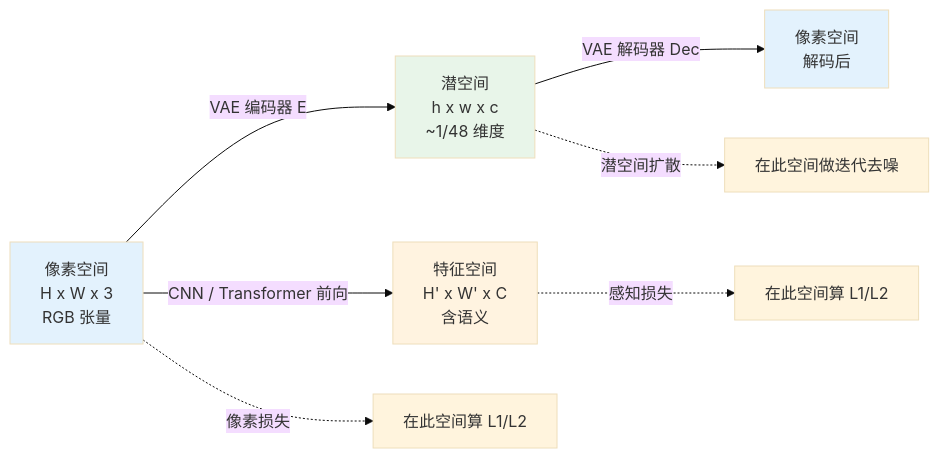
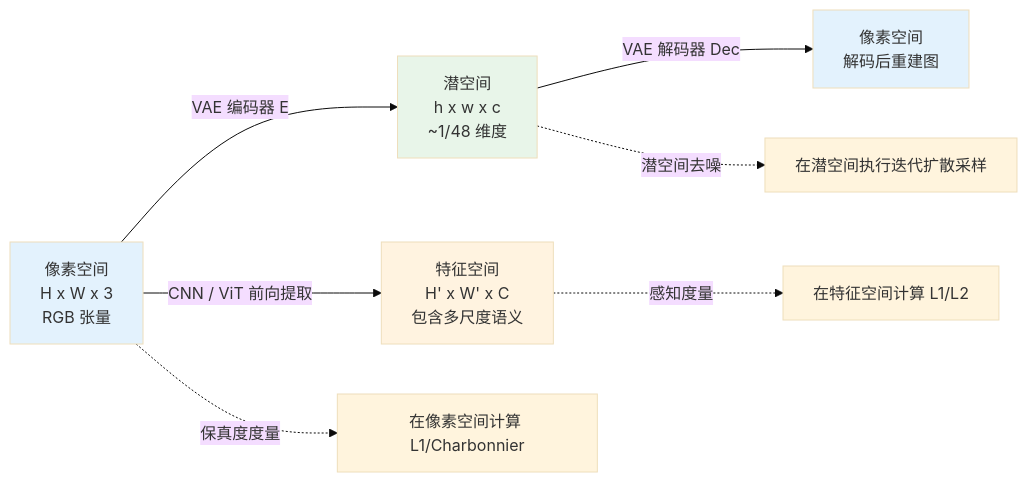
One commit to yingwang/image-enhancement-guide changed the first of 4 diagrams in chapters/02-representation.md. Above: the diagram before and after it, drawn with Mermaid (base theme). The commit also changed other lines of this file and 18 other files, not shown here.

````diff
--- a/chapters/02-representation.md
+++ b/chapters/02-representation.md
@@ -58,14 +53,14 @@
 ```mermaid
 graph LR
-    Pixel[像素空间<br/>H x W x 3<br/>RGB 张量] -->|VAE 编码器 E| Latent[潜空间<br/>h x w x c<br/>~1/48 维度]
-    Latent -->|VAE 解码器 Dec| Pixel2[像素空间<br/>解码后]
-    Pixel -->|CNN / Transformer 前向| Feature[特征空间<br/>H' x W' x C<br/>含语义]
-    Feature -.->|感知损失| EvalLoss[在此空间算 L1/L2]
-    Latent -.->|潜空间扩散| Noise[在此空间做迭代去噪]
-    Pixel -.->|像素损失| EvalLoss2[在此空间算 L1/L2]
+    Pixel["像素空间<br/>H x W x 3<br/>RGB 张量"] -->|VAE 编码器 E| Latent["潜空间<br/>h x w x c<br/>~1/48 维度"]
+    Latent -->|VAE 解码器 Dec| Pixel2["像素空间<br/>解码后重建图"]
+    Pixel -->|CNN / ViT 前向提取| Feature["特征空间<br/>H' x W' x C<br/>包含多尺度语义"]
+    Feature -.->|感知度量| EvalLoss["在特征空间计算 L1/L2"]
+    Latent -.->|潜空间去噪| Noise["在潜空间执行迭代扩散采样"]
+    Pixel -.->|保真度度量| EvalLoss2["在像素空间计算 L1/Charbonnier"]
 
     style Pixel fill:#e3f2fd
     style Feature fill:#fff3e0
     style Latent fill:#e8f5e9
     style Pixel2 fill:#e3f2fd
 ```
````
